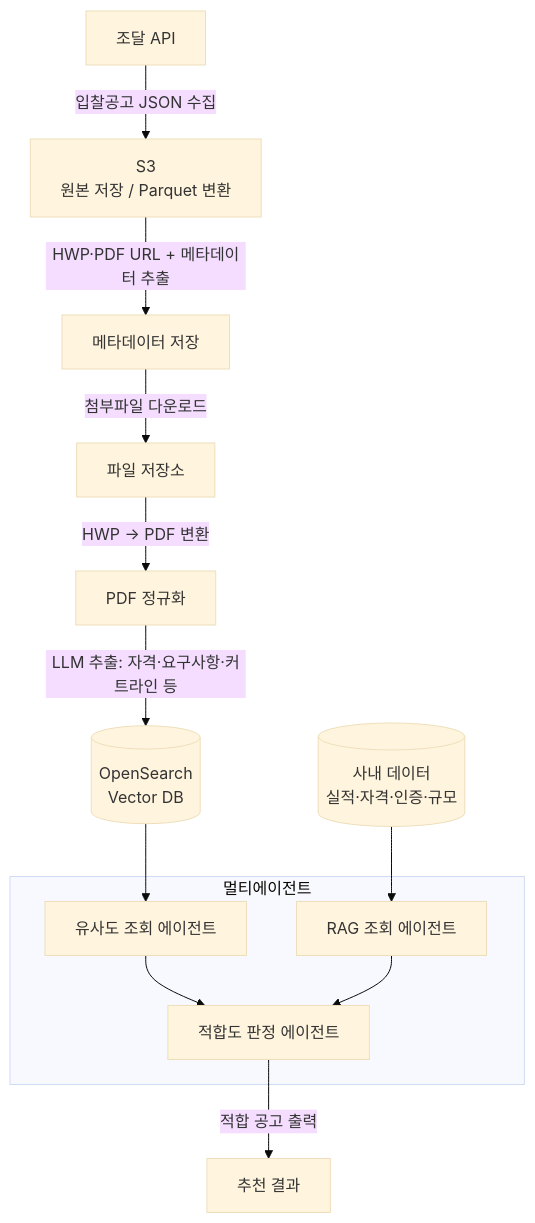
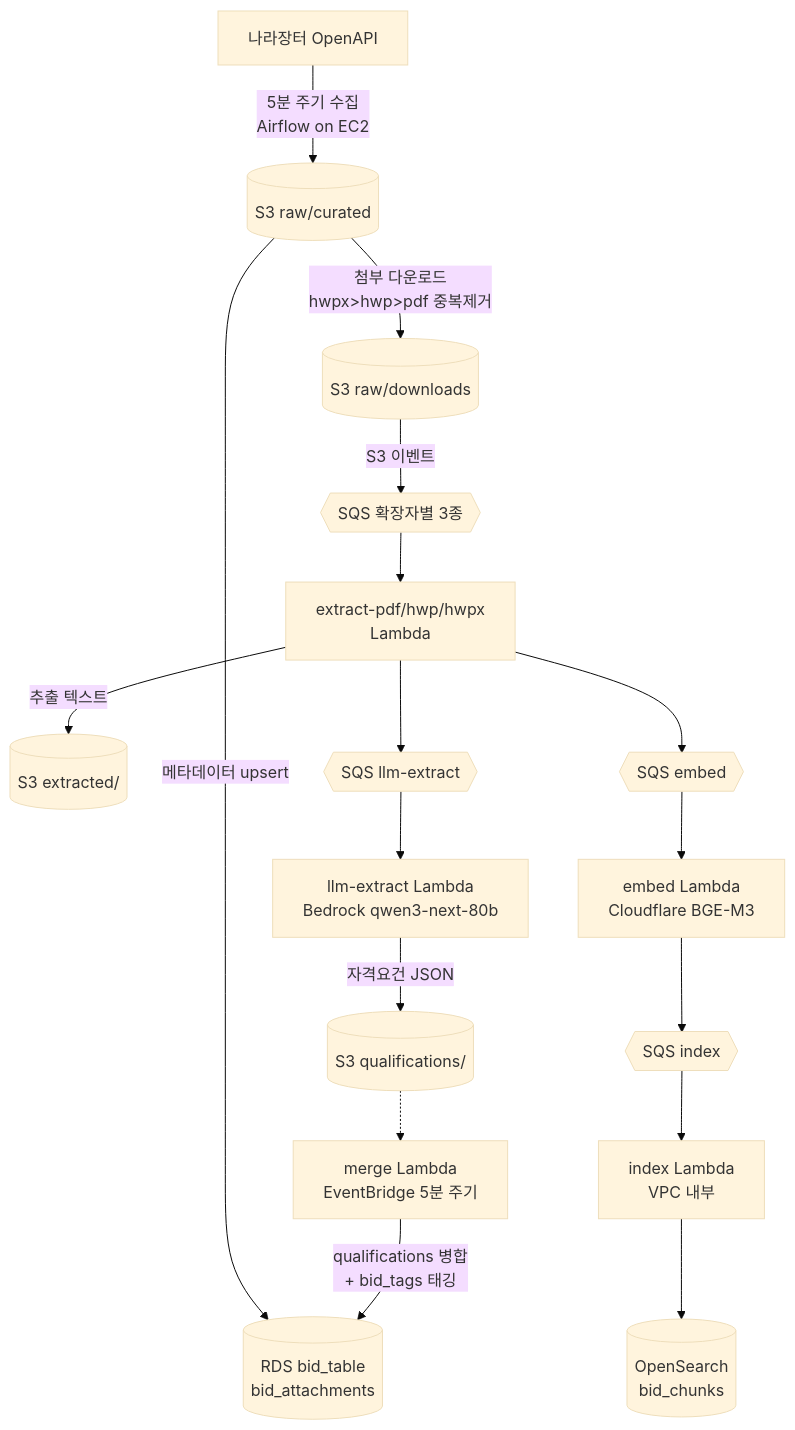
Before and after one commit to final-pjt-supply/bidmate-pipeline: the diagram in README.md, drawn with Mermaid (base theme). The commit also changed other lines of this file, not shown here.

````diff
--- a/README.md
+++ b/README.md
@@ -28,20 +22,19 @@
 ```mermaid
 flowchart TD
-    A[조달 API] -->|입찰공고 JSON 수집| B[S3<br/>원본 저장 / Parquet 변환]
-    B -->|HWP·PDF URL + 메타데이터 추출| C[메타데이터 저장]
-    C -->|첨부파일 다운로드| D[파일 저장소]
-    D -->|HWP → PDF 변환| E[PDF 정규화]
-    E -->|LLM 추출: 자격·요구사항·커트라인 등| F[(OpenSearch<br/>Vector DB)]
-
-    subgraph Agents[멀티에이전트]
-        G[유사도 조회 에이전트]
-        H[RAG 조회 에이전트]
-        I[적합도 판정 에이전트]
-    end
-
-    F --> G
-    J[(사내 데이터<br/>실적·자격·인증·규모)] --> H
-    G --> I
-    H --> I
-    I -->|적합 공고 출력| K[추천 결과]
+    A[나라장터 OpenAPI] -->|5분 주기 수집<br/>Airflow on EC2| B[(S3 raw/curated)]
+    B -->|첨부 다운로드<br/>hwpx>hwp>pdf 중복제거| C[(S3 raw/downloads)]
+    B -->|메타데이터 upsert| R[(RDS bid_table<br/>bid_attachments)]
+    C -->|S3 이벤트| Q1{{SQS 확장자별 3종}}
+    Q1 --> L1[extract-pdf/hwp/hwpx<br/>Lambda]
+    L1 -->|추출 텍스트| D[(S3 extracted/)]
+    L1 --> Q2{{SQS llm-extract}}
+    L1 --> Q3{{SQS embed}}
+    Q2 --> L2[llm-extract Lambda<br/>Bedrock qwen3-next-80b]
+    L2 -->|자격요건 JSON| E[(S3 qualifications/)]
+    Q3 --> L3[embed Lambda<br/>Cloudflare BGE-M3]
+    L3 --> Q4{{SQS index}}
+    Q4 --> L4[index Lambda<br/>VPC 내부]
+    L4 --> OS[(OpenSearch<br/>bid_chunks)]
+    M[merge Lambda<br/>EventBridge 5분 주기] -->|qualifications 병합<br/>+ bid_tags 태깅| R
+    E -.-> M
 ```
````
